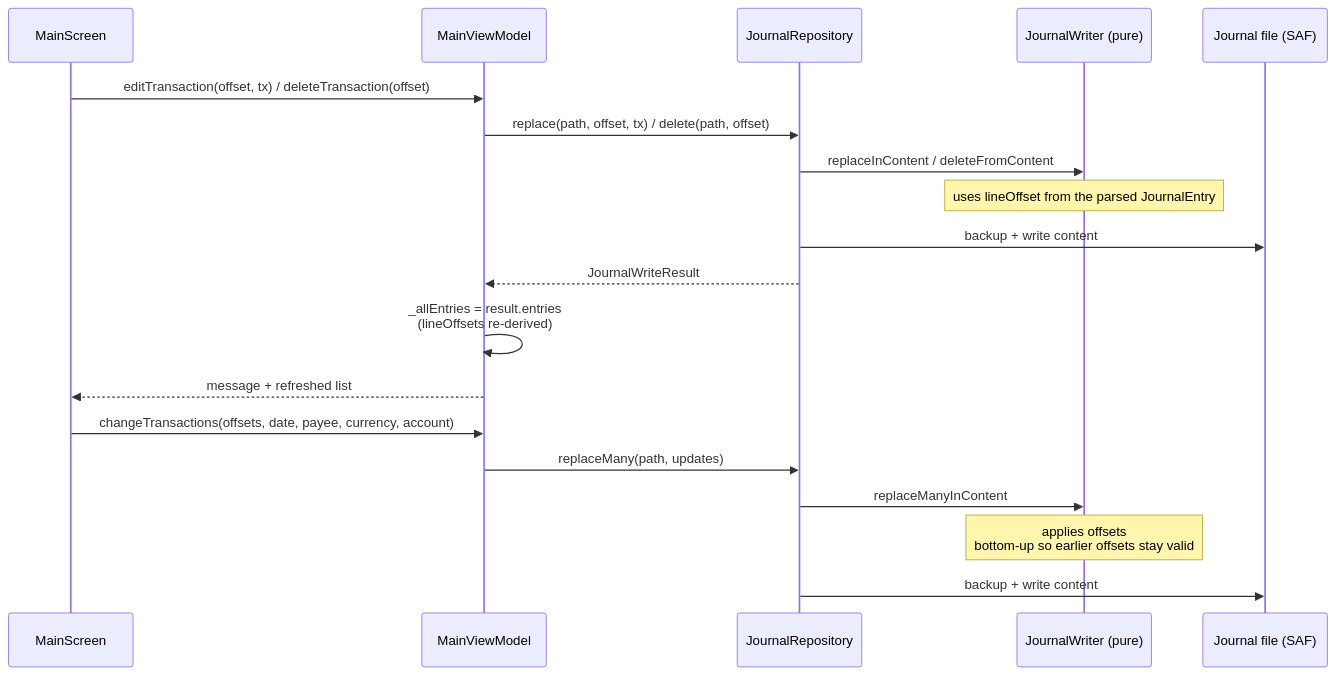
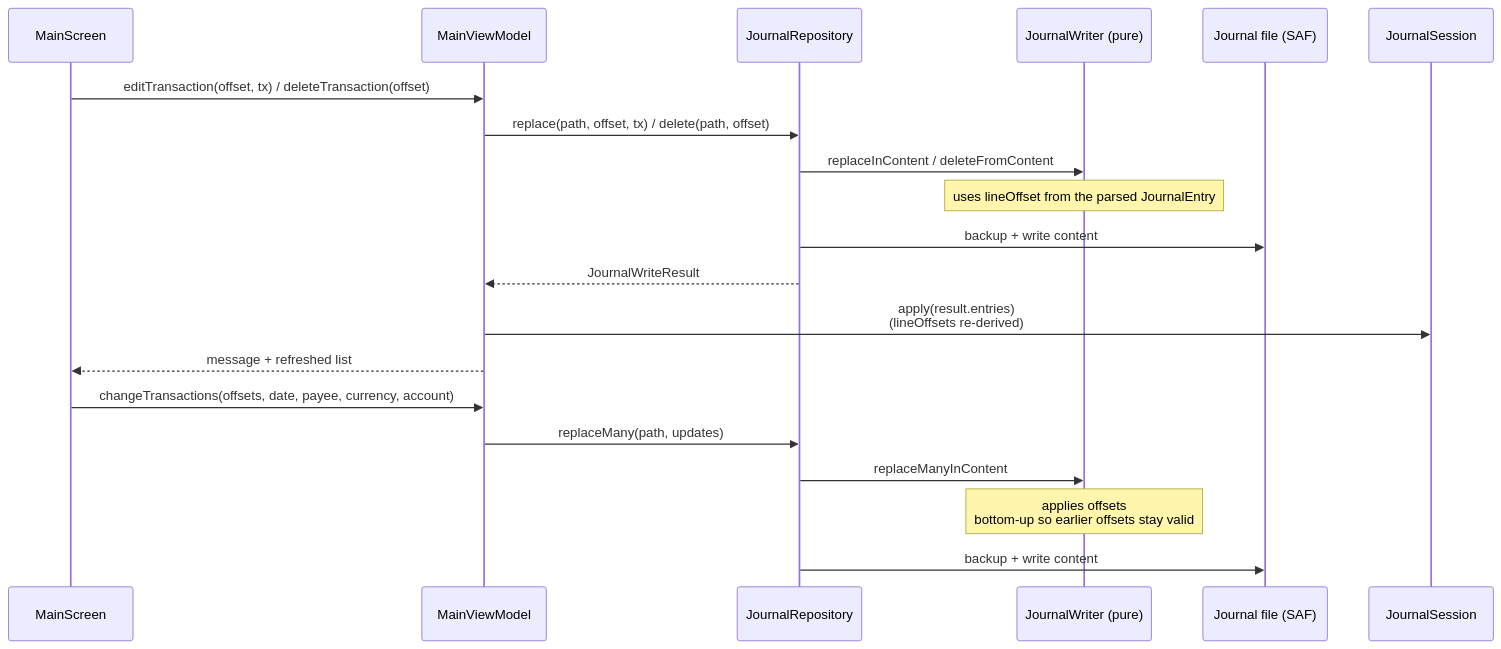
The fifth of 8 diagrams in docs/architecture.md (ukizet/NotifLedger), drawn with Mermaid before and after one commit. The commit also changed other lines of this file and 40 other files, not shown here.

````diff
--- a/docs/architecture.md
+++ b/docs/architecture.md
@@ -194,23 +199,24 @@
 ```mermaid
 sequenceDiagram
     participant UI as MainScreen
     participant VM as MainViewModel
     participant R as JournalRepository
     participant J as JournalWriter (pure)
     participant SAF as Journal file (SAF)
+    participant S as JournalSession
 
     UI->>VM: editTransaction(offset, tx) / deleteTransaction(offset)
     VM->>R: replace(path, offset, tx) / delete(path, offset)
     R->>J: replaceInContent / deleteFromContent
     Note over J: uses lineOffset from the parsed JournalEntry
     R->>SAF: backup + write content
     R-->>VM: JournalWriteResult
-    VM->>VM: _allEntries = result.entries<br/>(lineOffsets re-derived)
+    VM->>S: apply(result.entries)<br/>(lineOffsets re-derived)
     VM-->>UI: message + refreshed list
 
     UI->>VM: changeTransactions(offsets, date, payee, currency, account)
     VM->>R: replaceMany(path, updates)
     R->>J: replaceManyInContent
     Note over J: applies offsets<br/>bottom-up so earlier offsets stay valid
     R->>SAF: backup + write content
 ```
````
